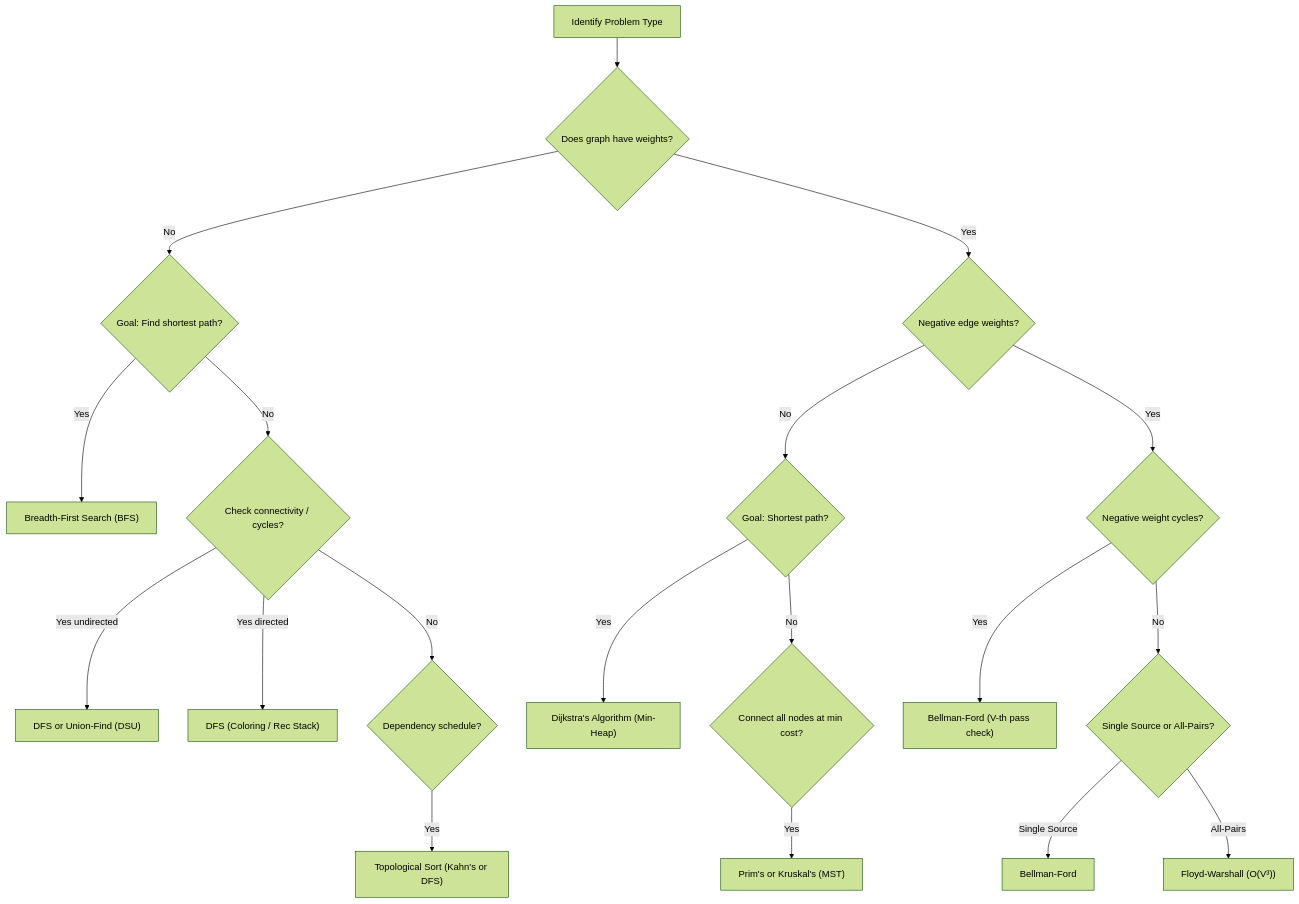
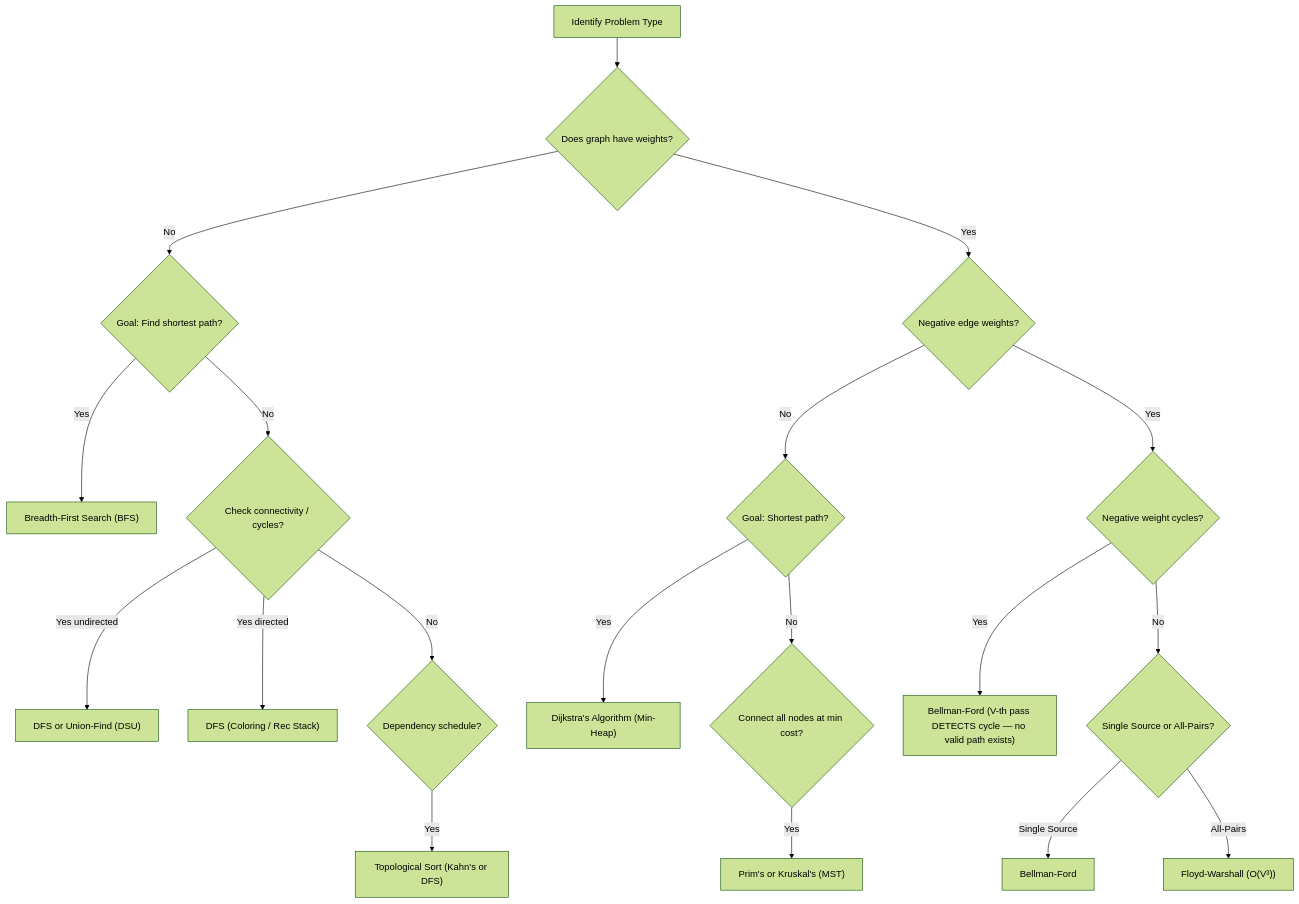
The diagram in Graph_Algorithms_Handbook_Complete.md (Om-Prakash08/neetcode-submissions), drawn with Mermaid (forest theme) before and after one commit. The commit also changed other lines of this file, not shown here.

````diff
--- a/Graph_Algorithms_Handbook_Complete.md
+++ b/Graph_Algorithms_Handbook_Complete.md
@@ -2914,23 +3048,23 @@
 ```mermaid
 graph TD
     A[Identify Problem Type] --> B{Does graph have weights?}
     B -- No --> C{Goal: Find shortest path?}
     C -- Yes --> D["Breadth-First Search (BFS)"]
     C -- No --> E{Check connectivity / cycles?}
     E -- Yes undirected --> F["DFS or Union-Find (DSU)"]
     E -- Yes directed --> G["DFS (Coloring / Rec Stack)"]
     E -- No --> H{Dependency schedule?}
     H -- Yes --> I["Topological Sort (Kahn's or DFS)"]
     
     B -- Yes --> J{Negative edge weights?}
     J -- No --> K{Goal: Shortest path?}
     K -- Yes --> L["Dijkstra's Algorithm (Min-Heap)"]
     K -- No --> M{Connect all nodes at min cost?}
     M -- Yes --> N["Prim's or Kruskal's (MST)"]
     
     J -- Yes --> O{Negative weight cycles?}
-    O -- Yes --> P["Bellman-Ford (V-th pass check)"]
+    O -- Yes --> P["Bellman-Ford (V-th pass DETECTS cycle — no valid path exists)"]
     O -- No --> Q{Single Source or All-Pairs?}
     Q -- Single Source --> R["Bellman-Ford"]
     Q -- All-Pairs --> S["Floyd-Warshall (O(V³))"]
 ```
````
